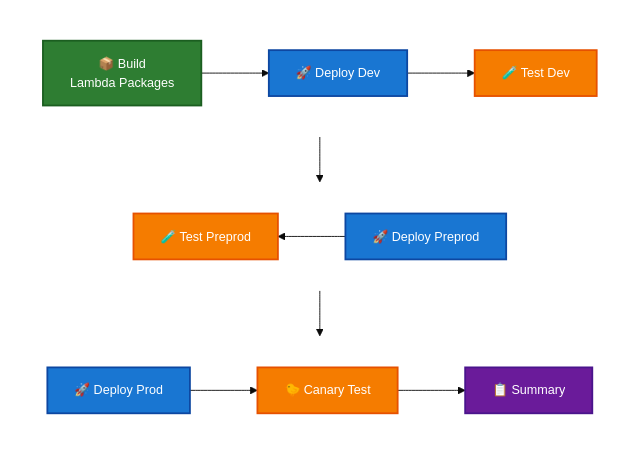
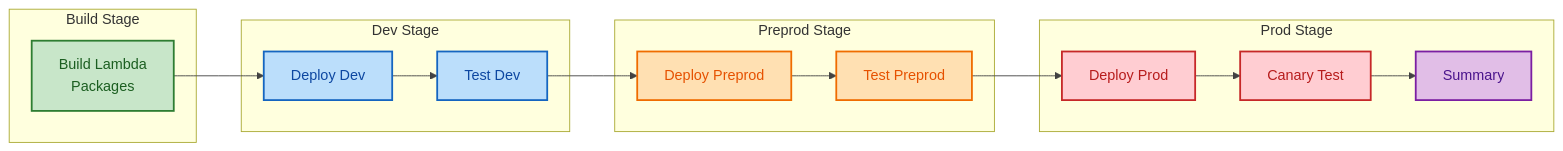
The first of 4 diagrams in README.md (traylorre/sentiment-analyzer-gsk), drawn with Mermaid before and after one commit.

Commit message:
fix: Improve README pipeline flowchart readability
- Change from TB (top-bottom) to LR (left-right) layout
- Add white background with improved contrast
- Use lighter fill colors with dark text for accessibility
- Group stages in labeled subgraphs (Build, Dev, Preprod, Prod)
- Make arrows visible with darker line color (#424242)

🤖 Generated with [Claude Code](https://claude.com/claude-code)

````diff
--- a/README.md
+++ b/README.md
@@ -25,42 +25,43 @@
 ```mermaid
-%%{init: {'theme':'base', 'themeVariables': {'fontSize':'14px'}}}%%
-flowchart TB
-    subgraph row1[" "]
-        direction LR
-        Build["📦 Build<br/>Lambda Packages"]
-        DeployDev["🚀 Deploy Dev"]
-        TestDev["🧪 Test Dev"]
+%%{init: {'theme':'default', 'themeVariables': {'primaryColor':'#e3f2fd', 'primaryTextColor':'#1565c0', 'primaryBorderColor':'#1565c0', 'lineColor':'#424242', 'secondaryColor':'#fff3e0', 'tertiaryColor':'#e8f5e9', 'background':'#ffffff'}}}%%
+flowchart LR
+    subgraph Stage1["Build Stage"]
+        Build["Build Lambda<br/>Packages"]
     end
 
-    subgraph row2[" "]
-        direction RL
-        TestPreprod["🧪 Test Preprod"]
-        DeployPreprod["🚀 Deploy Preprod"]
+    subgraph Stage2["Dev Stage"]
+        DeployDev["Deploy Dev"]
+        TestDev["Test Dev"]
     end
 
-    subgraph row3[" "]
-        direction LR
-        DeployProd["🚀 Deploy Prod"]
-        CanaryTest["🐤 Canary Test"]
-        Summary["📋 Summary"]
+    subgraph Stage3["Preprod Stage"]
+        DeployPreprod["Deploy Preprod"]
+        TestPreprod["Test Preprod"]
     end
 
-    Build --> DeployDev --> TestDev
+    subgraph Stage4["Prod Stage"]
+        DeployProd["Deploy Prod"]
+        CanaryTest["Canary Test"]
+        Summary["Summary"]
+    end
+
+    Build --> DeployDev
+    DeployDev --> TestDev
     TestDev --> DeployPreprod
     DeployPreprod --> TestPreprod
     TestPreprod --> DeployProd
-    DeployProd --> CanaryTest --> Summary
+    DeployProd --> CanaryTest
+    CanaryTest --> Summary
 
-    classDef buildStep fill:#2e7d32,stroke:#1b5e20,stroke-width:2px,color:#fff
-    classDef deployStep fill:#1976d2,stroke:#0d47a1,stroke-width:2px,color:#fff
-    classDef testStep fill:#f57c00,stroke:#e65100,stroke-width:2px,color:#fff
-    classDef prodStep fill:#c62828,stroke:#b71c1c,stroke-width:2px,color:#fff
-    classDef summaryStep fill:#6a1b9a,stroke:#4a148c,stroke-width:2px,color:#fff
-    classDef invisible fill:none,stroke:none
+    classDef buildStage fill:#c8e6c9,stroke:#2e7d32,stroke-width:2px,color:#1b5e20
+    classDef devStage fill:#bbdefb,stroke:#1565c0,stroke-width:2px,color:#0d47a1
+    classDef preprodStage fill:#ffe0b2,stroke:#ef6c00,stroke-width:2px,color:#e65100
+    classDef prodStage fill:#ffcdd2,stroke:#c62828,stroke-width:2px,color:#b71c1c
+    classDef summaryNode fill:#e1bee7,stroke:#7b1fa2,stroke-width:2px,color:#4a148c
 
-    class Build buildStep
-    class DeployDev,DeployPreprod,DeployProd deployStep
-    class TestDev,TestPreprod,CanaryTest testStep
-    class Summary summaryStep
-    class row1,row2,row3 invisible
+    class Build buildStage
+    class DeployDev,TestDev devStage
+    class DeployPreprod,TestPreprod preprodStage
+    class DeployProd,CanaryTest prodStage
+    class Summary summaryNode
 ```
````
